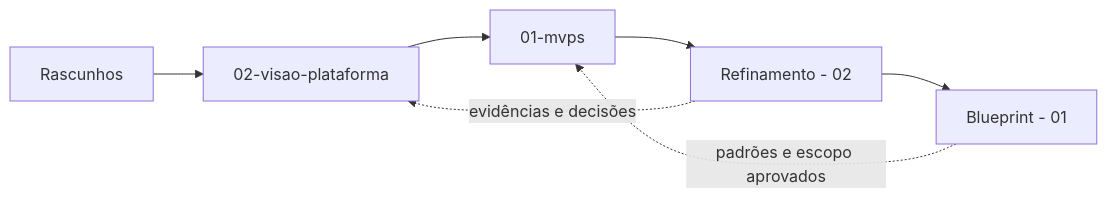
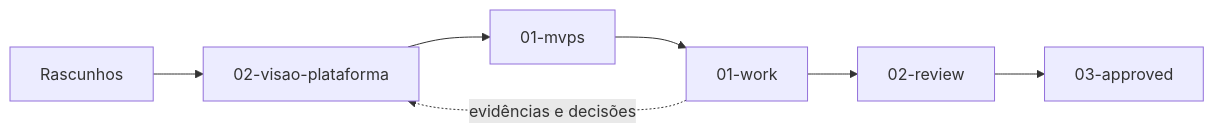
Before and after one commit to pratofeitoo/the-new-hub-proj-dev-2: the first of 2 diagrams in 05-resources/README.md, drawn with Mermaid. The commit also changed other lines of this file and 139 other files, not shown here.

````diff
--- a/05-resources/README.md
+++ b/05-resources/README.md
@@ -27,9 +27,9 @@
 ```mermaid
 flowchart LR
     A[Rascunhos] --> B[02-visao-plataforma]
     B --> C[01-mvps]
-    C --> D[Refinamento - 02]
-    D --> E[Blueprint - 01]
+    C --> D[01-work]
+    D --> E[02-review]
+    E --> F[03-approved]
     D -. evidências e decisões .-> B
-    E -. padrões e escopo aprovados .-> C
 ```
````
